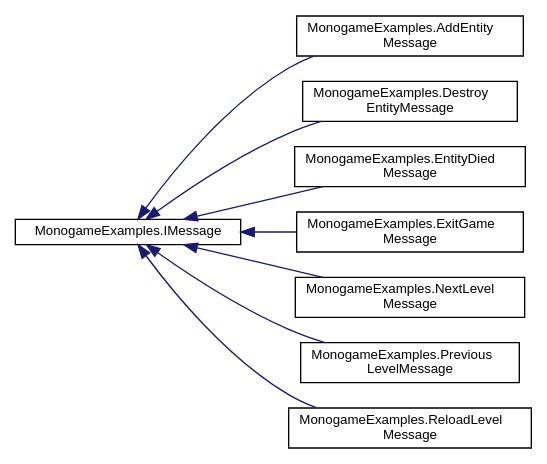
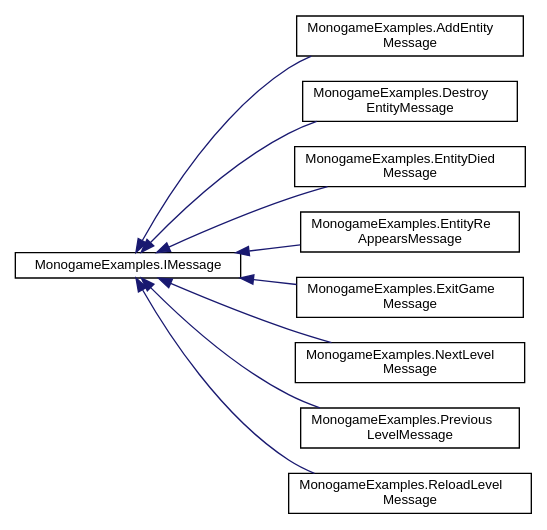
The diagram in docs/inherit_graph_5.dot (DreamyStranger/MonoGame-Platformer), drawn with Graphviz before and after one commit. The commit also changed 597 other files, not shown here.

```diff
--- a/docs/inherit_graph_5.dot
+++ b/docs/inherit_graph_5.dot
@@ -1,22 +1,24 @@
 digraph "Graphical Class Hierarchy"
 {
  // LATEX_PDF_SIZE
   edge [fontname="Helvetica",fontsize="10",labelfontname="Helvetica",labelfontsize="10"];
   node [fontname="Helvetica",fontsize="10",shape=record];
   rankdir="LR";
   Node0 [label="MonogameExamples.IMessage",height=0.2,width=0.4,color="black", fillcolor="white", style="filled",URL="$interfaceMonogameExamples_1_1IMessage.html",tooltip="Represents a message that can be published and subscribed to."];
   Node0 -> Node1 [dir="back",color="midnightblue",fontsize="10",style="solid",fontname="Helvetica"];
-  Node1 [label="MonogameExamples.AddEntity\lMessage",height=0.2,width=0.4,color="black", fillcolor="white", style="filled",URL="$classMonogameExamples_1_1AddEntityMessage.html",tooltip=" "];
+  Node1 [label="MonogameExamples.AddEntity\lMessage",height=0.2,width=0.4,color="black", fillcolor="white", style="filled",URL="$classMonogameExamples_1_1AddEntityMessage.html",tooltip="Represents a message for adding an entity."];
   Node0 -> Node2 [dir="back",color="midnightblue",fontsize="10",style="solid",fontname="Helvetica"];
   Node2 [label="MonogameExamples.Destroy\lEntityMessage",height=0.2,width=0.4,color="black", fillcolor="white", style="filled",URL="$classMonogameExamples_1_1DestroyEntityMessage.html",tooltip="Represents a message that indicates an entity should be destroyed. Implements the IMessage interface ..."];
   Node0 -> Node3 [dir="back",color="midnightblue",fontsize="10",style="solid",fontname="Helvetica"];
   Node3 [label="MonogameExamples.EntityDied\lMessage",height=0.2,width=0.4,color="black", fillcolor="white", style="filled",URL="$classMonogameExamples_1_1EntityDiedMessage.html",tooltip="Messages that given Entity has died. Implements the IMessage interface for use with the MessageBus."];
   Node0 -> Node4 [dir="back",color="midnightblue",fontsize="10",style="solid",fontname="Helvetica"];
-  Node4 [label="MonogameExamples.ExitGame\lMessage",height=0.2,width=0.4,color="black", fillcolor="white", style="filled",URL="$classMonogameExamples_1_1ExitGameMessage.html",tooltip="Represents a message that indicates the game should exit. Implements the IMessage interface for use w..."];
+  Node4 [label="MonogameExamples.EntityRe\lAppearsMessage",height=0.2,width=0.4,color="black", fillcolor="white", style="filled",URL="$classMonogameExamples_1_1EntityReAppearsMessage.html",tooltip="Messages that given Entity has died. Implements the IMessage interface for use with the MessageBus."];
   Node0 -> Node5 [dir="back",color="midnightblue",fontsize="10",style="solid",fontname="Helvetica"];
-  Node5 [label="MonogameExamples.NextLevel\lMessage",height=0.2,width=0.4,color="black", fillcolor="white", style="filled",URL="$classMonogameExamples_1_1NextLevelMessage.html",tooltip="Represents a message that indicates the game should proceed to the next level. Implements the IMessag..."];
+  Node5 [label="MonogameExamples.ExitGame\lMessage",height=0.2,width=0.4,color="black", fillcolor="white", style="filled",URL="$classMonogameExamples_1_1ExitGameMessage.html",tooltip="Represents a message that indicates the game should exit. Implements the IMessage interface for use w..."];
   Node0 -> Node6 [dir="back",color="midnightblue",fontsize="10",style="solid",fontname="Helvetica"];
-  Node6 [label="MonogameExamples.Previous\lLevelMessage",height=0.2,width=0.4,color="black", fillcolor="white", style="filled",URL="$classMonogameExamples_1_1PreviousLevelMessage.html",tooltip="Represents a message that indicates the game should revert to the previous level. Implements the IMes..."];
+  Node6 [label="MonogameExamples.NextLevel\lMessage",height=0.2,width=0.4,color="black", fillcolor="white", style="filled",URL="$classMonogameExamples_1_1NextLevelMessage.html",tooltip="Represents a message that indicates the game should proceed to the next level. Implements the IMessag..."];
   Node0 -> Node7 [dir="back",color="midnightblue",fontsize="10",style="solid",fontname="Helvetica"];
-  Node7 [label="MonogameExamples.ReloadLevel\lMessage",height=0.2,width=0.4,color="black", fillcolor="white", style="filled",URL="$classMonogameExamples_1_1ReloadLevelMessage.html",tooltip="Represents a message that indicates the current game level should be reloaded. Implements the IMessag..."];
+  Node7 [label="MonogameExamples.Previous\lLevelMessage",height=0.2,width=0.4,color="black", fillcolor="white", style="filled",URL="$classMonogameExamples_1_1PreviousLevelMessage.html",tooltip="Represents a message that indicates the game should revert to the previous level. Implements the IMes..."];
+  Node0 -> Node8 [dir="back",color="midnightblue",fontsize="10",style="solid",fontname="Helvetica"];
+  Node8 [label="MonogameExamples.ReloadLevel\lMessage",height=0.2,width=0.4,color="black", fillcolor="white", style="filled",URL="$classMonogameExamples_1_1ReloadLevelMessage.html",tooltip="Represents a message that indicates the current game level should be reloaded. Implements the IMessag..."];
 }
```
